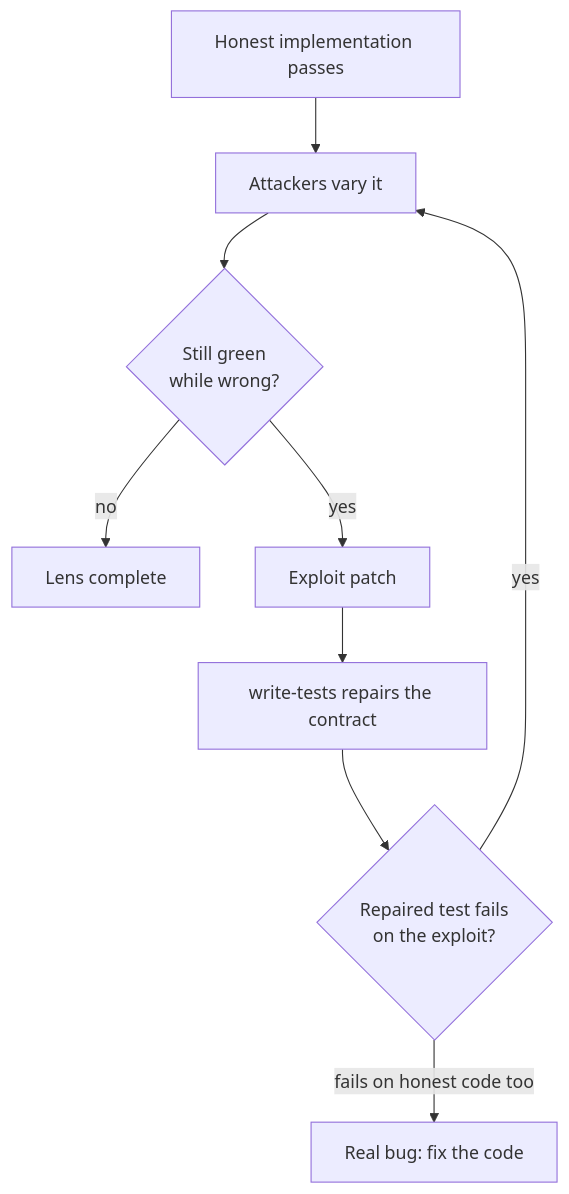
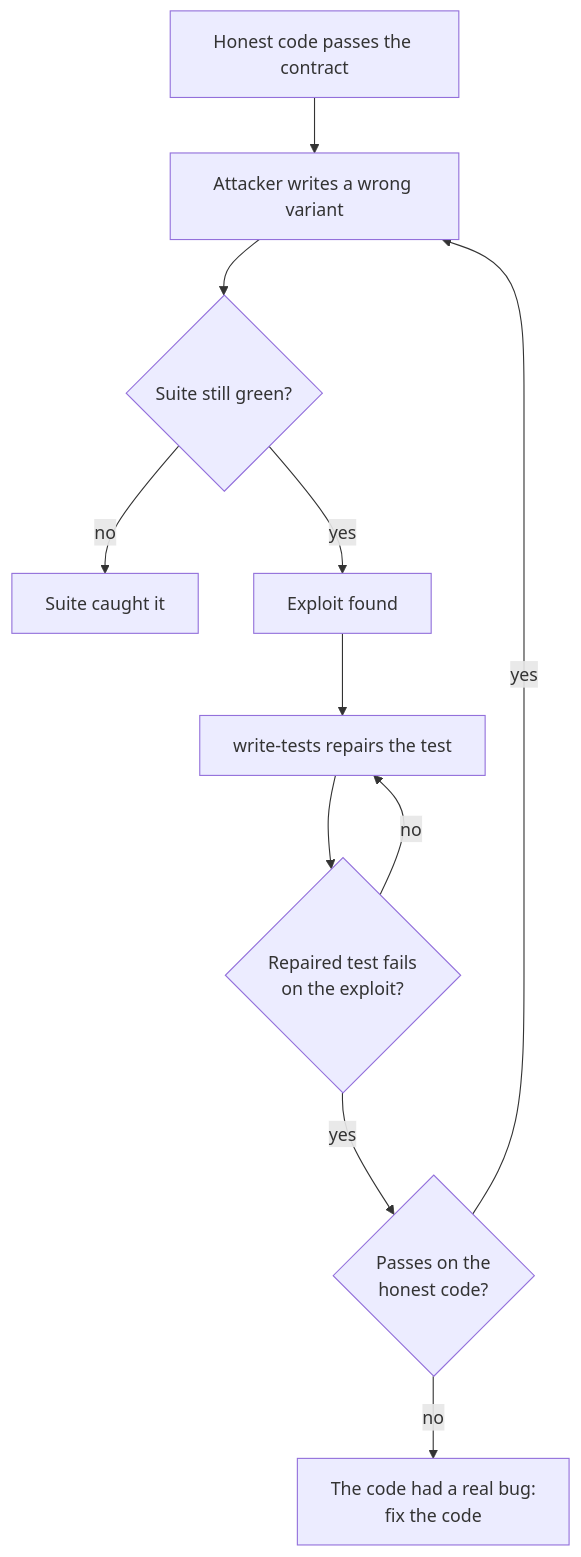
The second of 3 diagrams in contract-first/docs/design.md (beetroot-salad/cyber-response-agent), drawn with Mermaid before and after one commit. The commit also changed other lines of this file and 1 other file, not shown here.

First line of the commit message:
contract-first: design doc covers prior art, why no spec, limitations; README quick start

````diff
--- a/contract-first/docs/design.md
+++ b/contract-first/docs/design.md
@@ -83,11 +105,13 @@
 ```mermaid
 flowchart TD
-    H[Honest implementation passes] --> A[Attackers vary it]
-    A --> Q{Still green<br/>while wrong?}
-    Q -->|no| OK[Lens complete]
-    Q -->|yes| X[Exploit patch]
-    X --> W[write-tests repairs the contract]
-    W --> V{Repaired test fails<br/>on the exploit?}
-    V -->|yes| A
-    V -->|"fails on honest code too"| B[Real bug: fix the code]
+    H[Honest code passes the contract] --> A[Attacker writes a wrong variant]
+    A --> Q{Suite still green?}
+    Q -->|no| N[Suite caught it]
+    Q -->|yes| X[Exploit found]
+    X --> W[write-tests repairs the test]
+    W --> E{Repaired test fails<br/>on the exploit?}
+    E -->|no| W
+    E -->|yes| G{Passes on the<br/>honest code?}
+    G -->|yes| A
+    G -->|no| B[The code had a real bug:<br/>fix the code]
 ```
````
